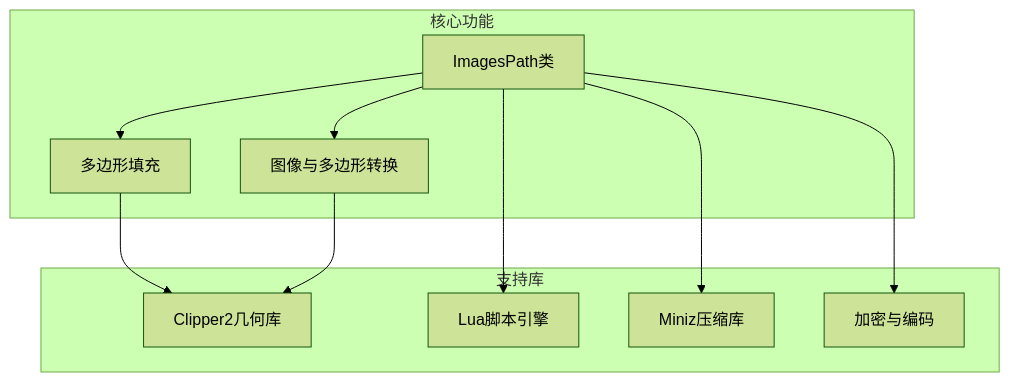
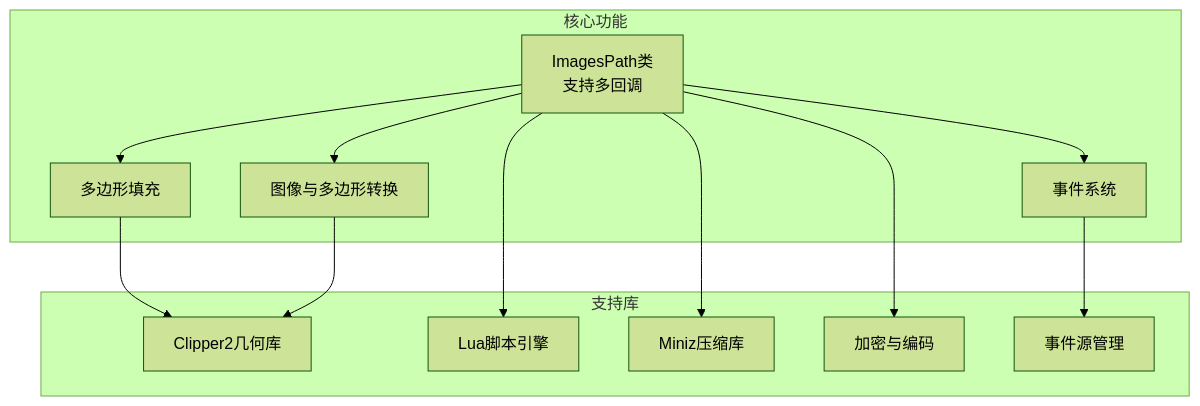
Before and after one commit to hsmbanlance/HsBaSlicer: the first of 5 diagrams in .qoder/repowiki/zh/content/核心模块详解/路径输出/图像路径输出.md, drawn with Mermaid (forest theme). The commit also changed other lines of this file and 14 other files, not shown here.

````diff
--- a/.qoder/repowiki/zh/content/核心模块详解/路径输出/图像路径输出.md
+++ b/.qoder/repowiki/zh/content/核心模块详解/路径输出/图像路径输出.md
@@ -37,21 +46,25 @@
 ```mermaid
 graph TB
 subgraph "核心功能"
-ImagesPath[ImagesPath类]
+ImagesPath[ImagesPath类<br/>支持多回调]
 PolygonFill[多边形填充]
 ImageToPolygons[图像与多边形转换]
+EventSystem[事件系统]
 end
 subgraph "支持库"
 Clipper2[Clipper2几何库]
 Lua[Lua脚本引擎]
 Miniz[Miniz压缩库]
 Cipher[加密与编码]
+EventSource[事件源管理]
 end
 ImagesPath --> PolygonFill
 ImagesPath --> ImageToPolygons
+ImagesPath --> EventSystem
 PolygonFill --> Clipper2
 ImageToPolygons --> Clipper2
 ImagesPath --> Lua
 ImagesPath --> Miniz
 ImagesPath --> Cipher
+EventSystem --> EventSource
 ```
````
